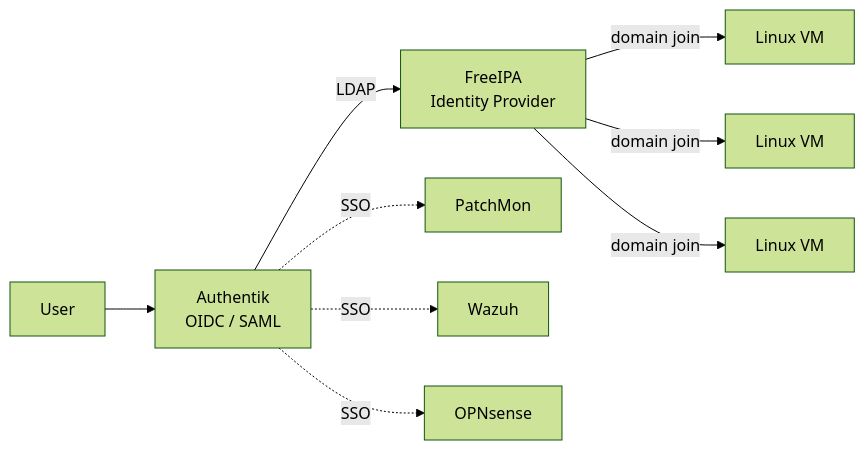
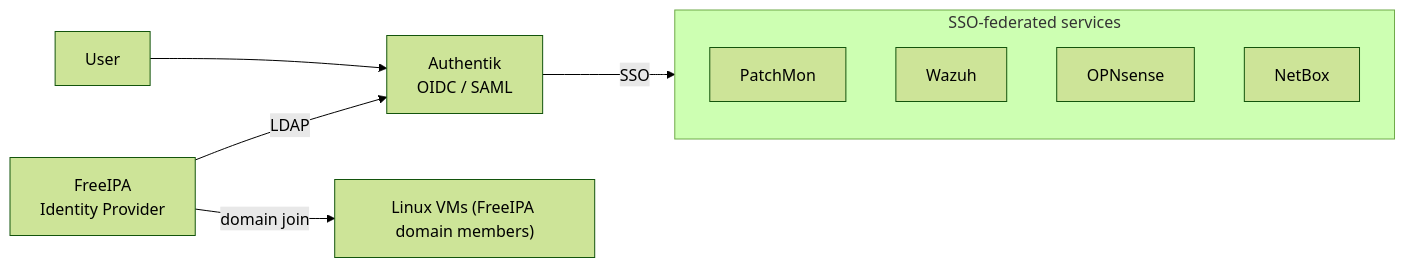
Before and after one commit to errormaster404/Infrastructure: the first of 2 diagrams in docs/architecture.md, drawn with Mermaid (forest theme). The commit also changed other lines of this file, not shown here.

````diff
--- a/docs/architecture.md
+++ b/docs/architecture.md
@@ -19,11 +21,15 @@
 ```mermaid
 flowchart LR
     U[User] --> A[Authentik<br/>OIDC / SAML]
-    A -->|LDAP| F[FreeIPA<br/>Identity Provider]
-    A -.SSO.-> P[PatchMon]
-    A -.SSO.-> W[Wazuh]
-    A -.SSO.-> O[OPNsense]
-    F -->|domain join| L1[Linux VM]
-    F -->|domain join| L2[Linux VM]
-    F -->|domain join| L3[Linux VM]
+    F[FreeIPA<br/>Identity Provider] -->|LDAP| A
+    A -->|SSO| SVC
+
+    subgraph SVC["SSO-federated services"]
+        P[PatchMon]
+        W[Wazuh]
+        O[OPNsense]
+        N[NetBox]
+    end
+
+    F -->|domain join| VMS["Linux VMs (FreeIPA domain members)"]
 ```
````
